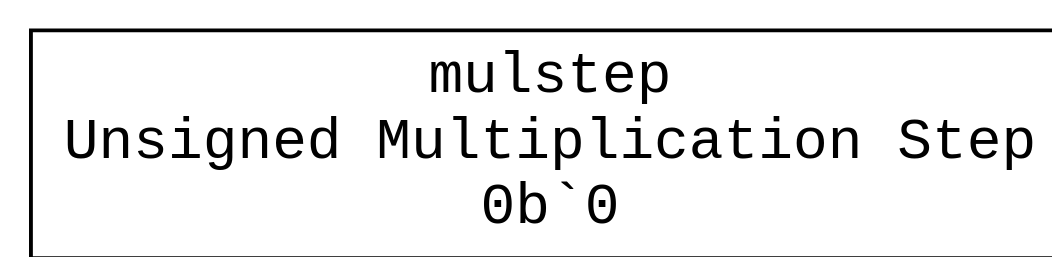
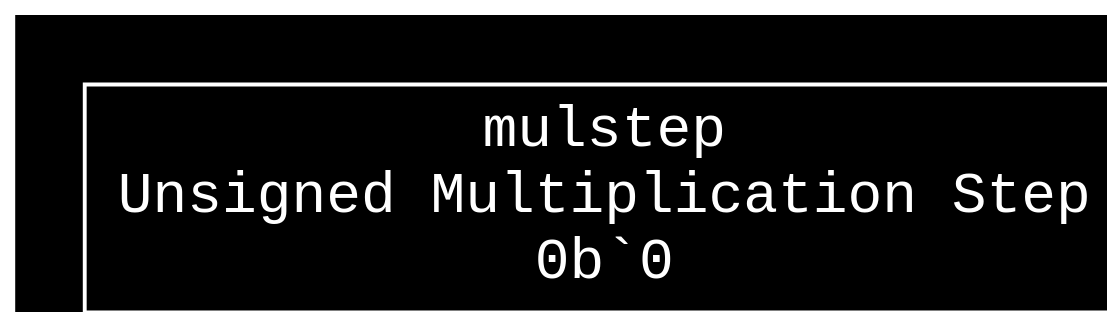
The diagram in assets/graphs/rrr.dot (eignnx/SPRIND), drawn with Graphviz before and after one commit. The commit also changed 18 other files, not shown here.

```diff
--- a/assets/graphs/rrr.dot
+++ b/assets/graphs/rrr.dot
@@ -1,6 +1,6 @@
 digraph "Format rrr" {
-  graph [dpi = 100, bgcolor="white"];
-  node [fontname = "Courier", fontsize="15pt"];
-  edge [fontname = "Courier"];
+  graph [dpi = 100, bgcolor="#111", fontcolor="white", rankdir=LR, pad="0.25"];
+  node [fontname = "Courier", fontsize="15pt", color="white", fontcolor="white"];
+  edge [fontname = "Courier", color="white", fontcolor="white"];
   "mulstep_13462336" [label = "mulstep\nUnsigned Multiplication Step\n0b`0", shape = rectangle];
 }
```
